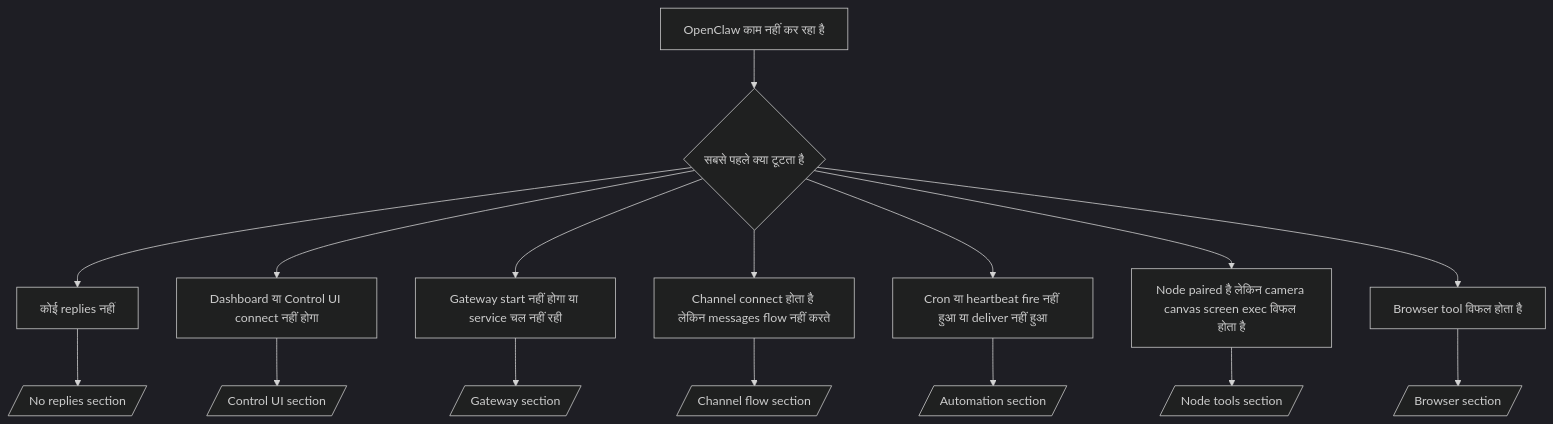
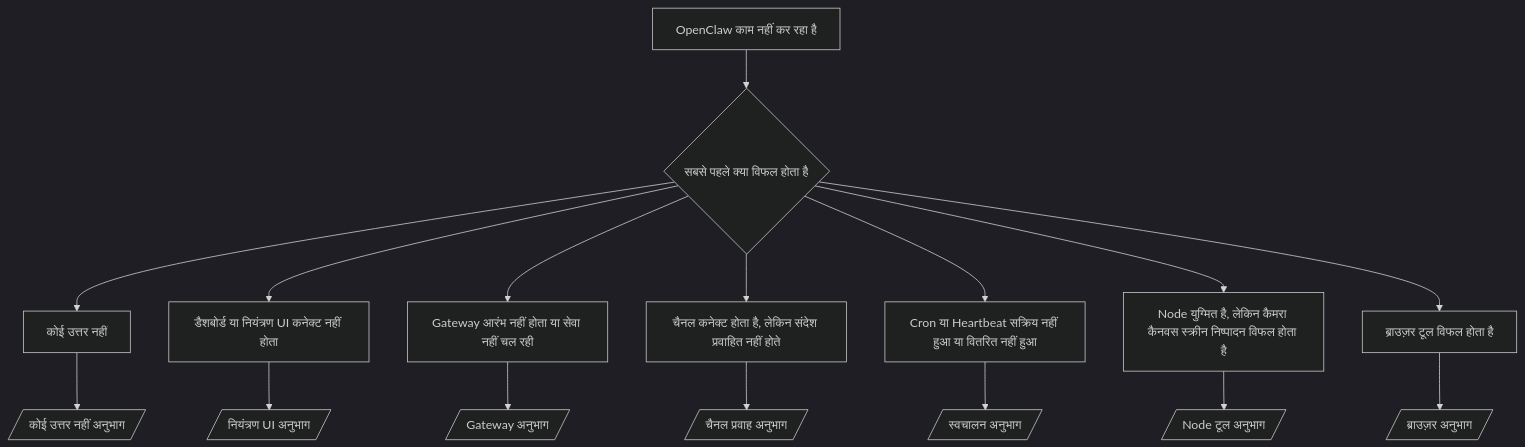
Before and after one commit to is0383kk/ai-docs-sync-workflow: the diagram in openclaw-docs/hi/help/troubleshooting.md, drawn with Mermaid (dark theme). The commit also changed other lines of this file and 11096 other files, not shown here.

````diff
--- a/openclaw-docs/hi/help/troubleshooting.md
+++ b/openclaw-docs/hi/help/troubleshooting.md
@@ -202,19 +192,19 @@
 ```mermaid
 flowchart TD
-  A[OpenClaw काम नहीं कर रहा है] --> B{सबसे पहले क्या टूटता है}
-  B --> C[कोई replies नहीं]
-  B --> D[Dashboard या Control UI connect नहीं होगा]
-  B --> E[Gateway start नहीं होगा या service चल नहीं रही]
-  B --> F[Channel connect होता है लेकिन messages flow नहीं करते]
-  B --> G[Cron या heartbeat fire नहीं हुआ या deliver नहीं हुआ]
-  B --> H[Node paired है लेकिन camera canvas screen exec विफल होता है]
-  B --> I[Browser tool विफल होता है]
+  A[OpenClaw काम नहीं कर रहा है] --> B{सबसे पहले क्या विफल होता है}
+  B --> C[कोई उत्तर नहीं]
+  B --> D[डैशबोर्ड या नियंत्रण UI कनेक्ट नहीं होता]
+  B --> E[Gateway आरंभ नहीं होता या सेवा नहीं चल रही]
+  B --> F[चैनल कनेक्ट होता है, लेकिन संदेश प्रवाहित नहीं होते]
+  B --> G[Cron या Heartbeat सक्रिय नहीं हुआ या वितरित नहीं हुआ]
+  B --> H[Node युग्मित है, लेकिन कैमरा कैनवस स्क्रीन निष्पादन विफल होता है]
+  B --> I[ब्राउज़र टूल विफल होता है]
 
-  C --> C1[/No replies section/]
-  D --> D1[/Control UI section/]
-  E --> E1[/Gateway section/]
-  F --> F1[/Channel flow section/]
-  G --> G1[/Automation section/]
-  H --> H1[/Node tools section/]
-  I --> I1[/Browser section/]
+  C --> C1[/कोई उत्तर नहीं अनुभाग/]
+  D --> D1[/नियंत्रण UI अनुभाग/]
+  E --> E1[/Gateway अनुभाग/]
+  F --> F1[/चैनल प्रवाह अनुभाग/]
+  G --> G1[/स्वचालन अनुभाग/]
+  H --> H1[/Node टूल अनुभाग/]
+  I --> I1[/ब्राउज़र अनुभाग/]
 ```
````
